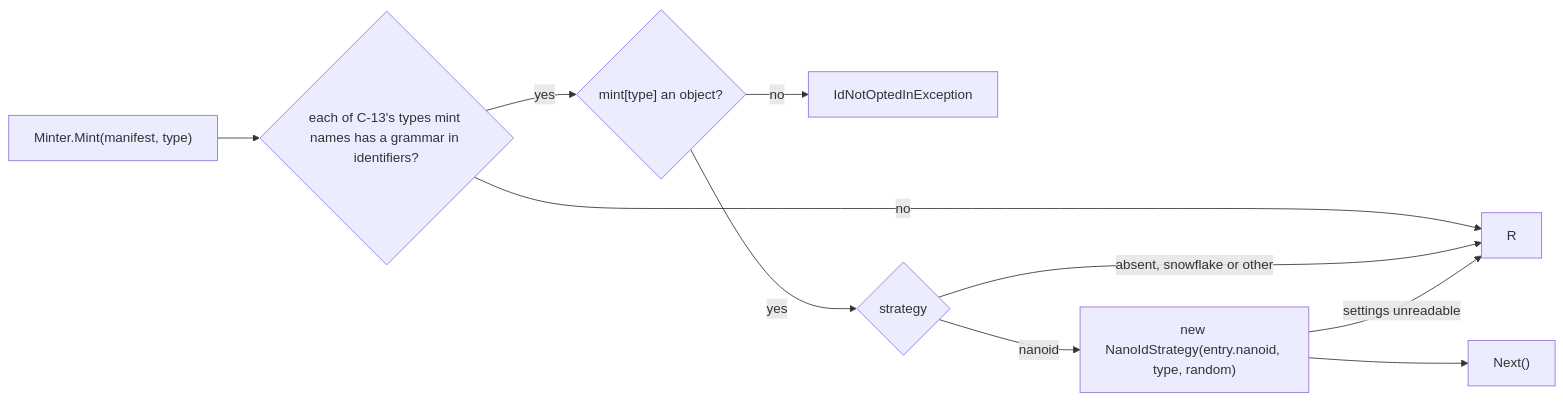
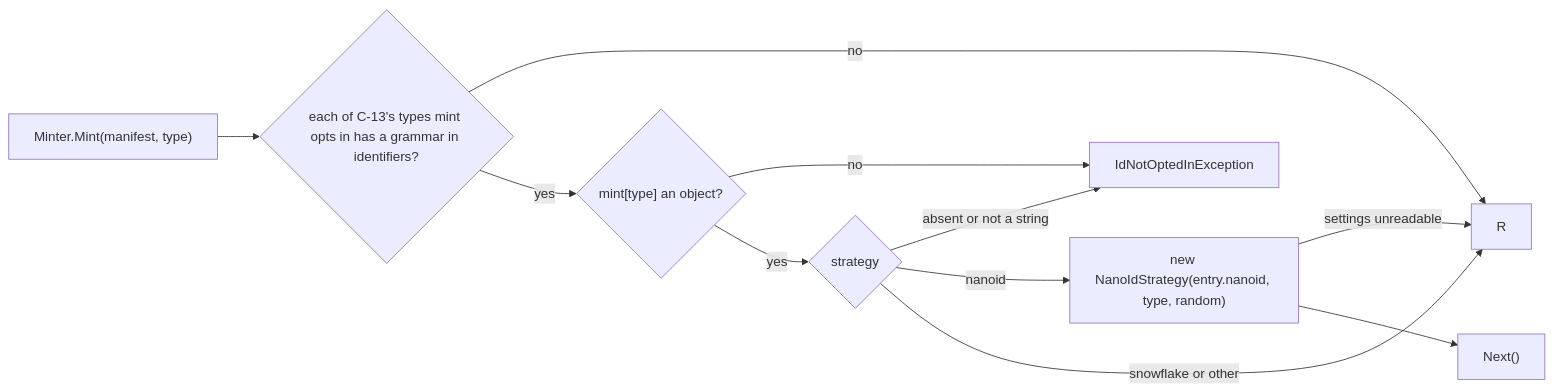
One commit to RLittlesII/specht changed the first of 2 diagrams in src/specht/Identifiers/.spec/README.md. Above: the diagram before and after it, drawn with Mermaid. The commit also changed other lines of this file and 5 other files, not shown here.

````diff
--- a/src/specht/Identifiers/.spec/README.md
+++ b/src/specht/Identifiers/.spec/README.md
@@ -223,12 +223,13 @@
 ```mermaid
 flowchart LR
-    A["Minter.Mint(manifest, type)"] --> G{"each of C-13's types mint names has a grammar in identifiers?"}
+    A["Minter.Mint(manifest, type)"] --> G{"each of C-13's types mint opts in has a grammar in identifiers?"}
     G -- no --> R
     G -- yes --> B{"mint[type] an object?"}
     B -- no --> N[IdNotOptedInException]
     B -- yes --> C{strategy}
+    C -- "absent or not a string" --> N
     C -- nanoid --> D["new NanoIdStrategy(entry.nanoid, type, random)"]
-    C -- absent, snowflake or other --> R
+    C -- snowflake or other --> R
     D -- settings unreadable --> R
     D --> E["Next()"]
 ```
````
